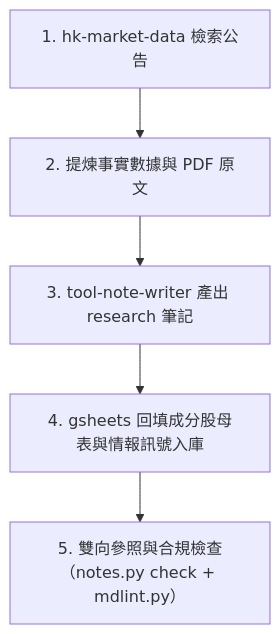
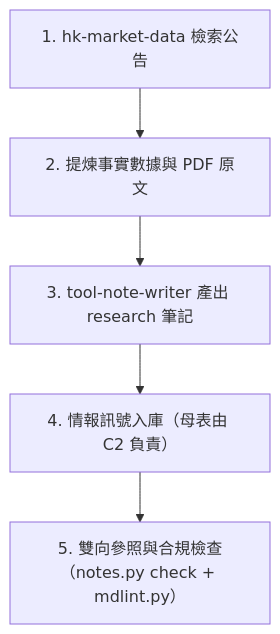
Before and after one commit to HachiTsai/Investment_Tracker: the diagram in .claude/workflows/component-dividend-investigation.md, drawn with Mermaid. The commit also changed other lines of this file and 6 other files, not shown here.

````diff
--- a/.claude/workflows/component-dividend-investigation.md
+++ b/.claude/workflows/component-dividend-investigation.md
@@ -17,7 +17,7 @@
 ```mermaid
 flowchart TD
     A["1. hk-market-data 檢索公告"] --> B["2. 提煉事實數據與 PDF 原文"]
     B --> C["3. tool-note-writer 產出 research 筆記"]
-    C --> D["4. gsheets 回填成分股母表與情報訊號入庫"]
+    C --> D["4. 情報訊號入庫（母表由 C2 負責）"]
     D --> E["5. 雙向參照與合規檢查（notes.py check + mdlint.py）"]
 ```
````
